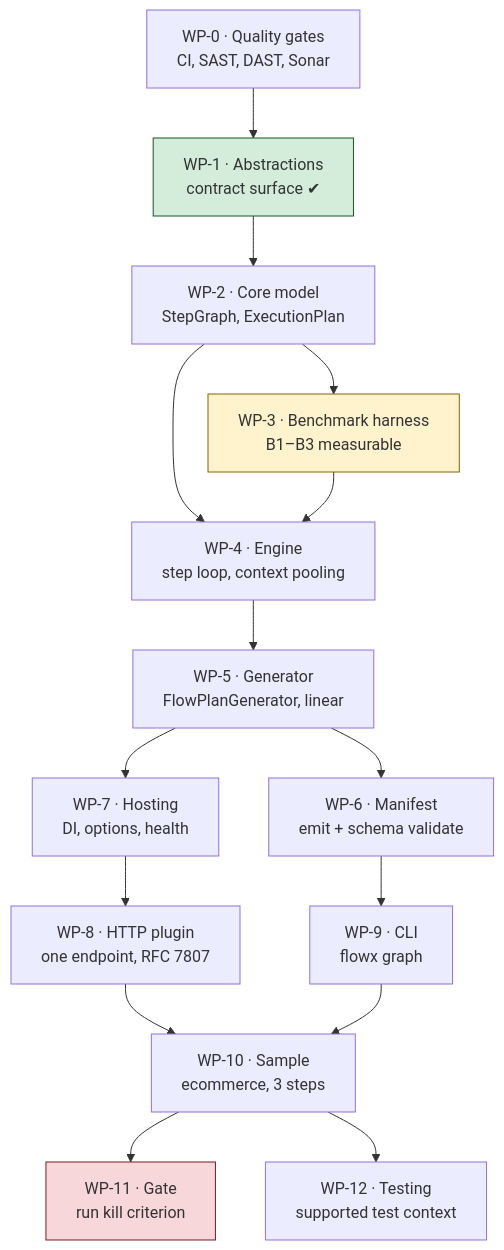
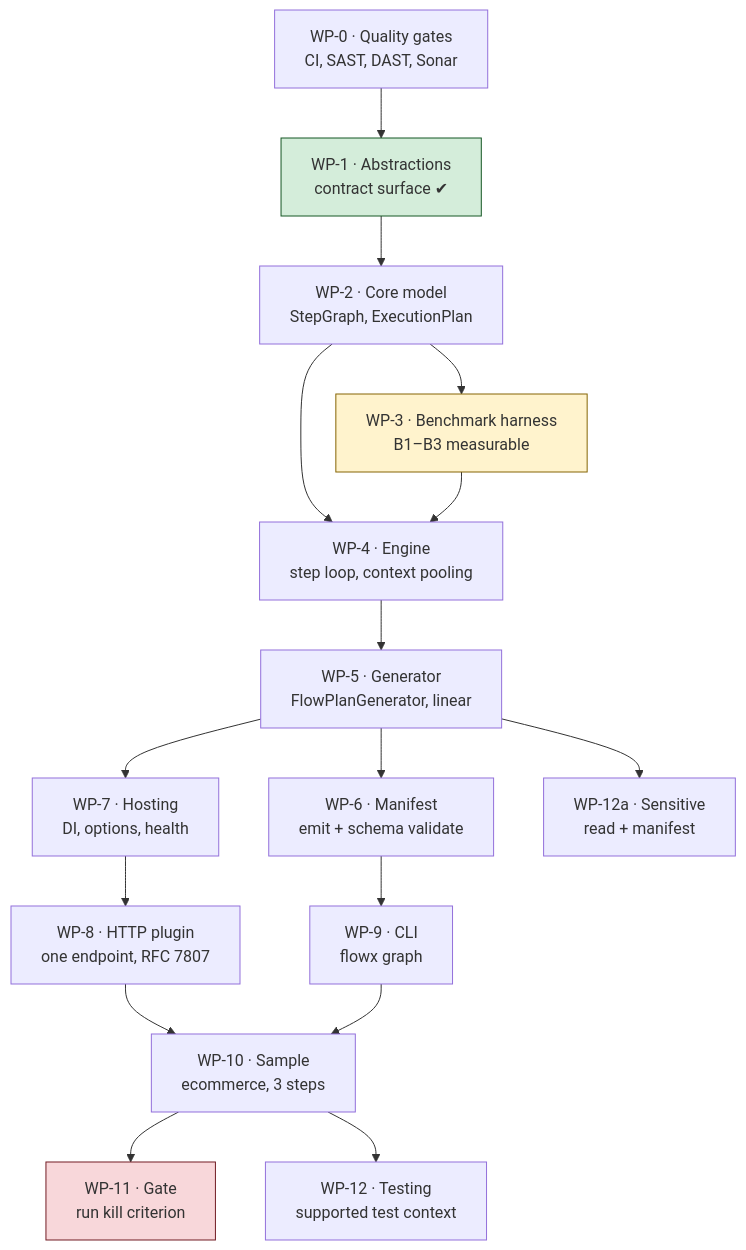
The diagram in PLAN.md (KhaiTrang1995/NexusFlow), drawn with Mermaid before and after one commit. The commit also changed other lines of this file and 13 other files, not shown here.

````diff
--- a/PLAN.md
+++ b/PLAN.md
@@ -35,29 +35,31 @@
 ```mermaid
 flowchart TD
     WP0["WP-0 · Quality gates<br/>CI, SAST, DAST, Sonar"]
     WP1["WP-1 · Abstractions<br/>contract surface ✔"]
     WP2["WP-2 · Core model<br/>StepGraph, ExecutionPlan"]
     WP3["WP-3 · Benchmark harness<br/>B1–B3 measurable"]
     WP4["WP-4 · Engine<br/>step loop, context pooling"]
     WP5["WP-5 · Generator<br/>FlowPlanGenerator, linear"]
     WP6["WP-6 · Manifest<br/>emit + schema validate"]
     WP7["WP-7 · Hosting<br/>DI, options, health"]
     WP8["WP-8 · HTTP plugin<br/>one endpoint, RFC 7807"]
     WP9["WP-9 · CLI<br/>flowx graph"]
     WP10["WP-10 · Sample<br/>ecommerce, 3 steps"]
     WP11["WP-11 · Gate<br/>run kill criterion"]
     WP12["WP-12 · Testing<br/>supported test context"]
+    WP12a["WP-12a · Sensitive<br/>read + manifest"]
 
     WP0 --> WP1 --> WP2 --> WP3
     WP2 --> WP4
     WP3 --> WP4
     WP4 --> WP5 --> WP6
     WP5 --> WP7 --> WP8 --> WP10
     WP6 --> WP9 --> WP10
     WP10 --> WP11
     WP10 --> WP12
+    WP5 --> WP12a
 
     style WP3 fill:#fff3cd,stroke:#856404
     style WP11 fill:#f8d7da,stroke:#721c24
     style WP1 fill:#d4edda,stroke:#155724
 ```
````
